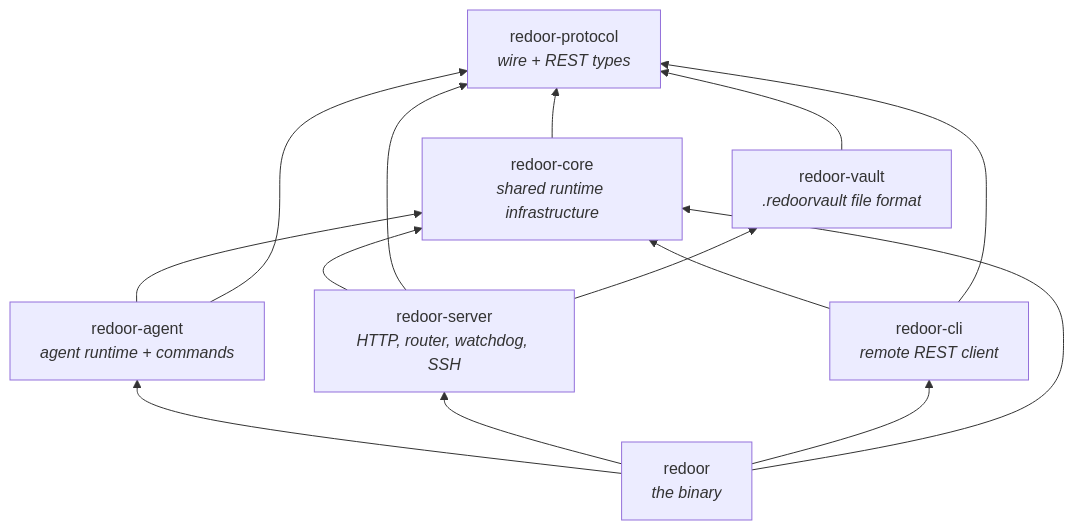
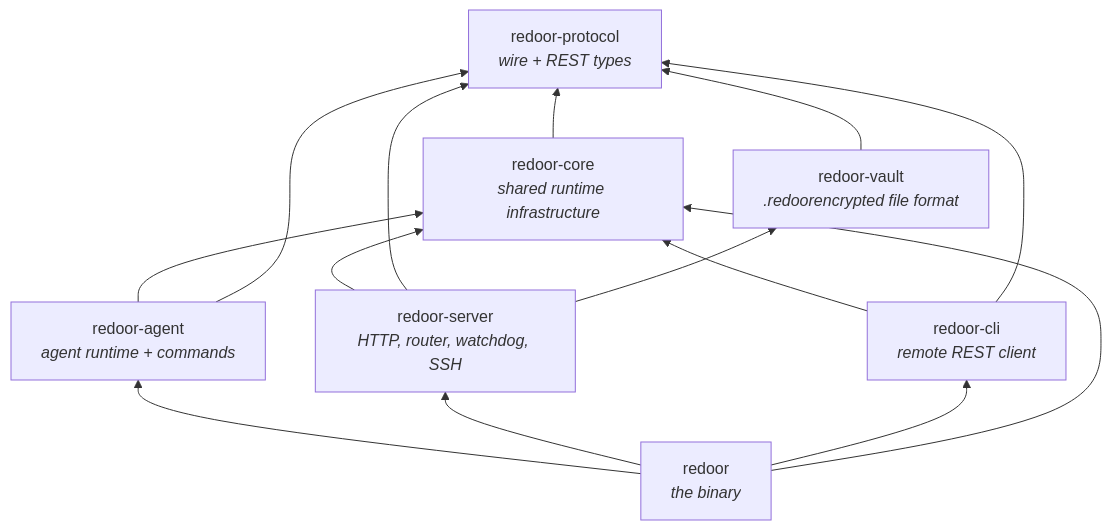
The first of 11 diagrams in ARCHITECTURE.md (esamattis/redoor), drawn with Mermaid before and after one commit. The commit also changed other lines of this file and 37 other files, not shown here.

First line of the commit message:
Rename .redoorvault files to .redoorencrypted

````diff
--- a/ARCHITECTURE.md
+++ b/ARCHITECTURE.md
@@ -19,24 +19,24 @@
 ```mermaid
 flowchart BT
     protocol["redoor-protocol<br/><i>wire + REST types</i>"]
     core["redoor-core<br/><i>shared runtime infrastructure</i>"]
-    vault["redoor-vault<br/><i>.redoorvault file format</i>"]
+    vault["redoor-vault<br/><i>.redoorencrypted file format</i>"]
     agent["redoor-agent<br/><i>agent runtime + commands</i>"]
     server["redoor-server<br/><i>HTTP, router, watchdog, SSH</i>"]
     cli["redoor-cli<br/><i>remote REST client</i>"]
     bin["redoor<br/><i>the binary</i>"]
 
     core --> protocol
     agent --> core
     agent --> protocol
     server --> core
     server --> protocol
     server --> vault
     vault --> protocol
     cli --> core
     cli --> protocol
     bin --> agent
     bin --> server
     bin --> cli
     bin --> core
 ```
````
